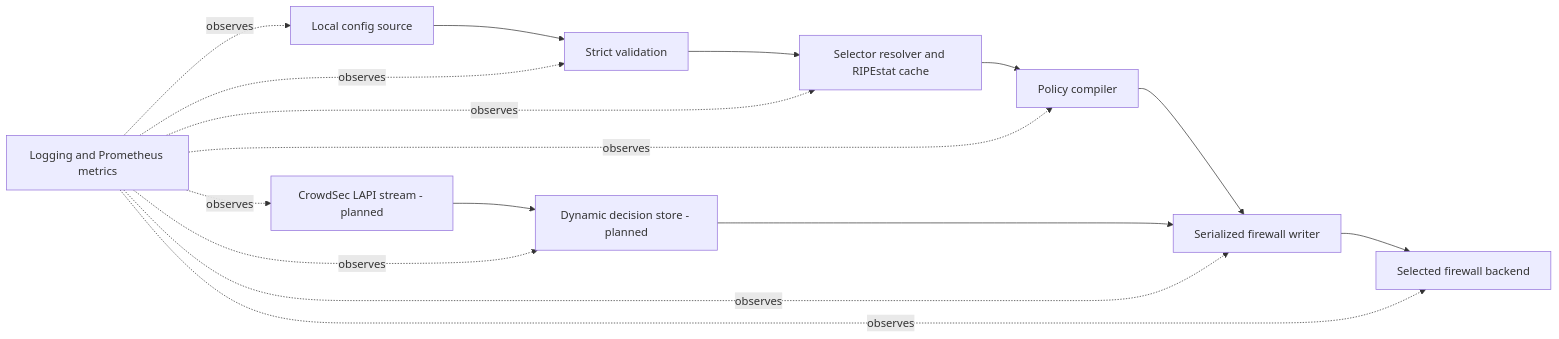
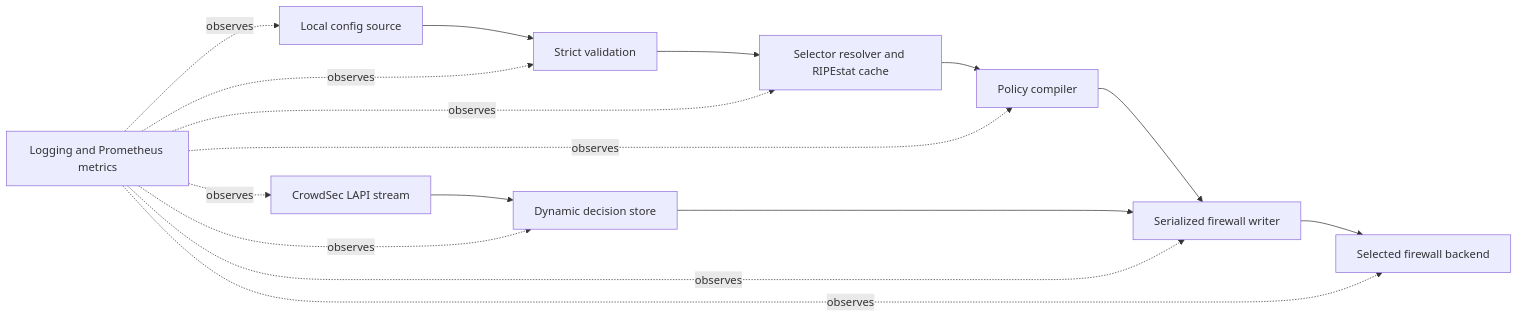
Before and after one commit to perimeterd/perimeterd: the diagram in docs/architecture.md, drawn with Mermaid. The commit also changed other lines of this file and 47 other files, not shown here.

First line of the commit message:
feat: add CrowdSec streaming enforcement with renewable leases

````diff
--- a/docs/architecture.md
+++ b/docs/architecture.md
@@ -24,18 +24,18 @@
 ```mermaid
 flowchart LR
     CS[Local config source] --> V[Strict validation]
     V --> R[Selector resolver and RIPEstat cache]
     R --> C[Policy compiler]
-    L[CrowdSec LAPI stream - planned] --> D[Dynamic decision store - planned]
+    L[CrowdSec LAPI stream] --> D[Dynamic decision store]
     C --> W[Serialized firewall writer]
     D --> W
     W --> B[Selected firewall backend]
     O[Logging and Prometheus metrics] -. observes .-> CS
     O -. observes .-> V
     O -. observes .-> R
     O -. observes .-> C
     O -. observes .-> L
     O -. observes .-> D
     O -. observes .-> W
     O -. observes .-> B
 ```
````
